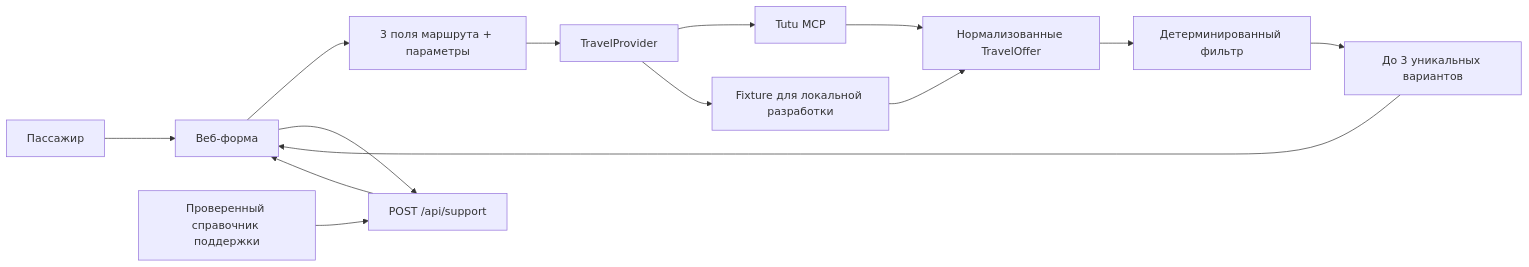
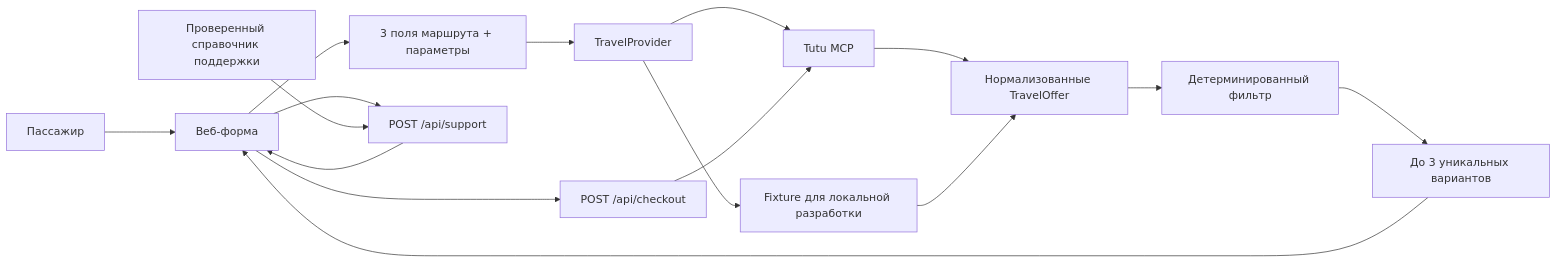
Before and after one commit to lllllllleo495/make-it-in-time: the diagram in docs/ARCHITECTURE.md, drawn with Mermaid. The commit also changed other lines of this file and 11 other files, not shown here.

````diff
--- a/docs/ARCHITECTURE.md
+++ b/docs/ARCHITECTURE.md
@@ -7,16 +7,18 @@
 ```mermaid
 flowchart LR
   U["Пассажир"] --> UI["Веб-форма"]
   UI --> V["3 поля маршрута + параметры"]
   V --> P["TravelProvider"]
   P --> M["Tutu MCP"]
   P --> F["Fixture для локальной разработки"]
   M --> N["Нормализованные TravelOffer"]
   F --> N
   N --> E["Детерминированный фильтр"]
   E --> S["До 3 уникальных вариантов"]
   UI --> H["POST /api/support"]
+  UI --> C["POST /api/checkout"]
+  C --> M
   D["Проверенный справочник поддержки"] --> H
   H --> UI
   S --> UI
 ```
````
